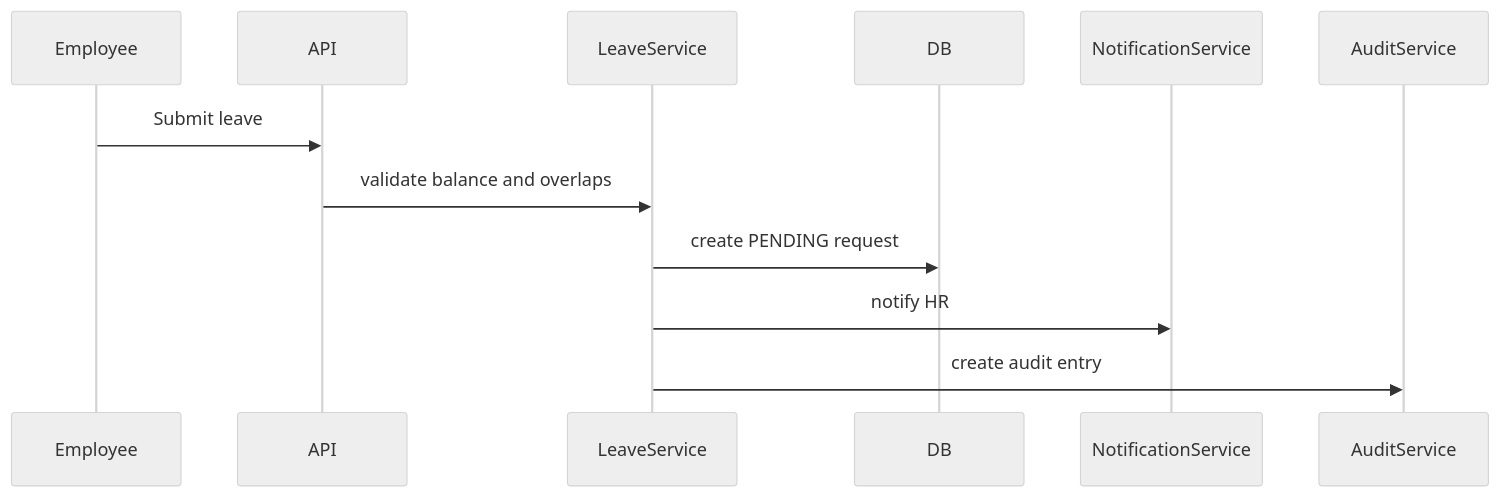
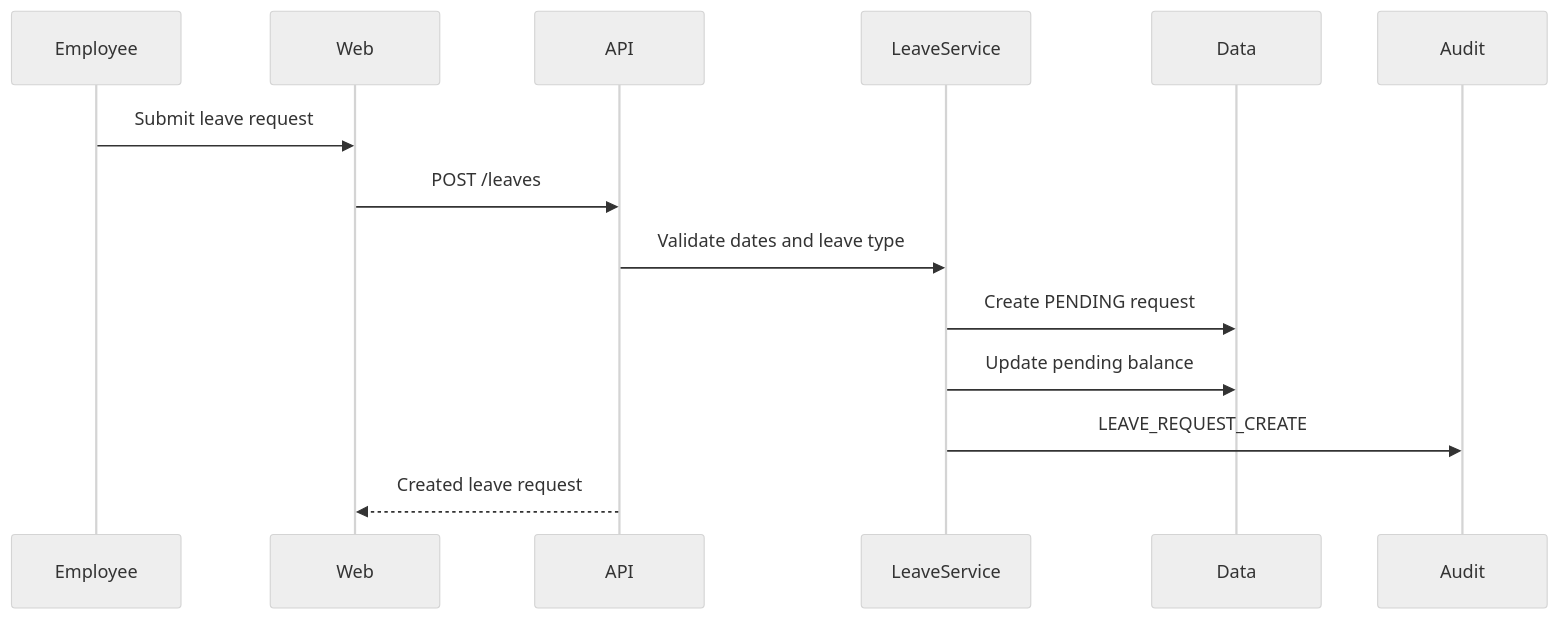
Before and after one commit to itmustbelikhitha/Hack4One: the sixth of 10 diagrams in docs/WORKFLOWS.md, drawn with Mermaid (neutral theme). The commit also changed other lines of this file and 5 other files, not shown here.

````diff
--- a/docs/WORKFLOWS.md
+++ b/docs/WORKFLOWS.md
@@ -5,8 +121,17 @@
 ```mermaid
 sequenceDiagram
-  Employee->>API: Submit leave
-  API->>LeaveService: validate balance and overlaps
-  LeaveService->>DB: create PENDING request
-  LeaveService->>NotificationService: notify HR
-  LeaveService->>AuditService: create audit entry
+  participant Employee
+  participant Web
+  participant API
+  participant LeaveService
+  participant Data
+  participant Audit
+
+  Employee->>Web: Submit leave request
+  Web->>API: POST /leaves
+  API->>LeaveService: Validate dates and leave type
+  LeaveService->>Data: Create PENDING request
+  LeaveService->>Data: Update pending balance
+  LeaveService->>Audit: LEAVE_REQUEST_CREATE
+  API-->>Web: Created leave request
 ```
````
